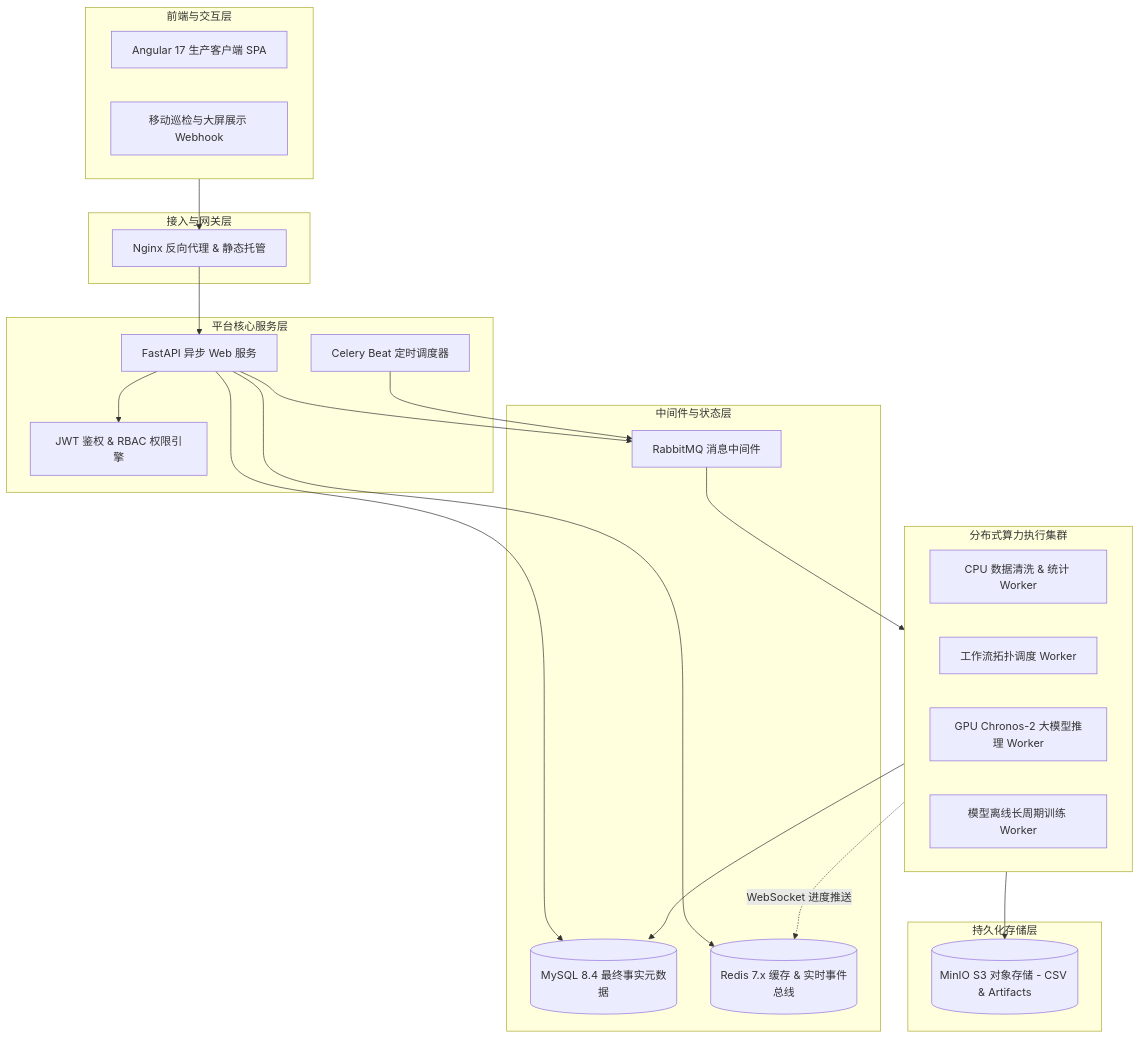
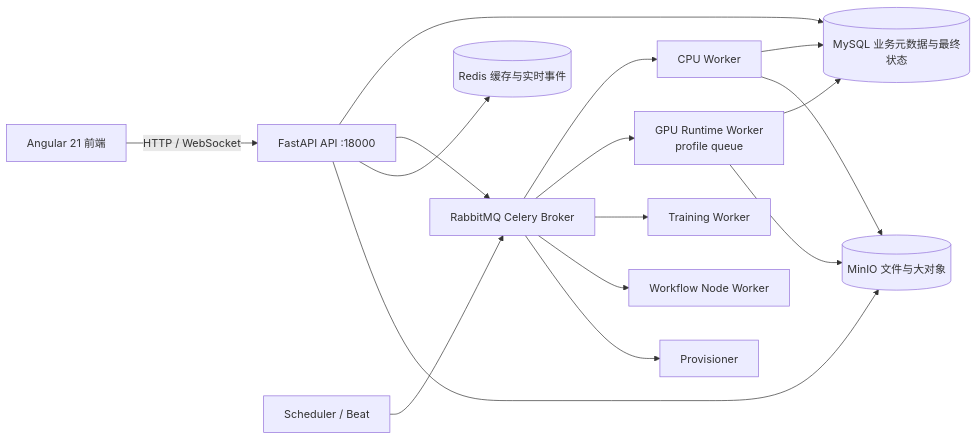
The diagram in docs/01-platform/architecture.md (Schwarz-Hal/smart-water-platform-docs), drawn with Mermaid before and after one commit. The commit also changed other lines of this file and 71 other files, not shown here.

````diff
--- a/docs/01-platform/architecture.md
+++ b/docs/01-platform/architecture.md
@@ -25,46 +23,19 @@
 ```mermaid
-flowchart TD
-    subgraph Client [前端与交互层]
-        Web[Angular 17 生产客户端 SPA]
-        Mobile[移动巡检与大屏展示 Webhook]
-    end
-
-    subgraph Gateway [接入与网关层]
-        Nginx[Nginx 反向代理 & 静态托管]
-    end
-
-    subgraph Service [平台核心服务层]
-        API[FastAPI 异步 Web 服务]
-        Scheduler[Celery Beat 定时调度器]
-        Auth[JWT 鉴权 & RBAC 权限引擎]
-    end
-
-    subgraph Middleware [中间件与状态层]
-        MySQL[(MySQL 8.4 最终事实元数据)]
-        Redis[(Redis 7.x 缓存 & 实时事件总线)]
-        RabbitMQ[RabbitMQ 消息中间件]
-    end
-
-    subgraph Workers [分布式算力执行集群]
-        CPUWorker[CPU 数据清洗 & 统计 Worker]
-        WFWorker[工作流拓扑调度 Worker]
-        GPUWorker[GPU Chronos-2 大模型推理 Worker]
-        TrainWorker[模型离线长周期训练 Worker]
-    end
-
-    subgraph Storage [持久化存储层]
-        MinIO[(MinIO S3 对象存储 - CSV & Artifacts)]
-    end
-
-    Client --> Nginx
-    Nginx --> API
-    API --> MySQL
-    API --> Redis
-    API --> RabbitMQ
-    API --> Auth
-    Scheduler --> RabbitMQ
-    RabbitMQ --> Workers
-    Workers --> MinIO
-    Workers --> MySQL
-    Workers -.->|WebSocket 进度推送| Redis
+flowchart LR
+    Browser[Angular 21 前端] -->|HTTP / WebSocket| API[FastAPI API :18000]
+    API --> MySQL[(MySQL 业务元数据与最终状态)]
+    API --> Rabbit[RabbitMQ Celery Broker]
+    API --> Redis[(Redis 缓存与实时事件)]
+    API --> MinIO[(MinIO 文件与大对象)]
+    Rabbit --> CPU[CPU Worker]
+    Rabbit --> GPU[GPU Runtime Worker
+profile queue]
+    Rabbit --> Train[Training Worker]
+    Rabbit --> Node[Workflow Node Worker]
+    Scheduler[Scheduler / Beat] --> Rabbit
+    Rabbit --> Provisioner[Provisioner]
+    CPU --> MySQL
+    CPU --> MinIO
+    GPU --> MySQL
+    GPU --> MinIO
 ```
````
